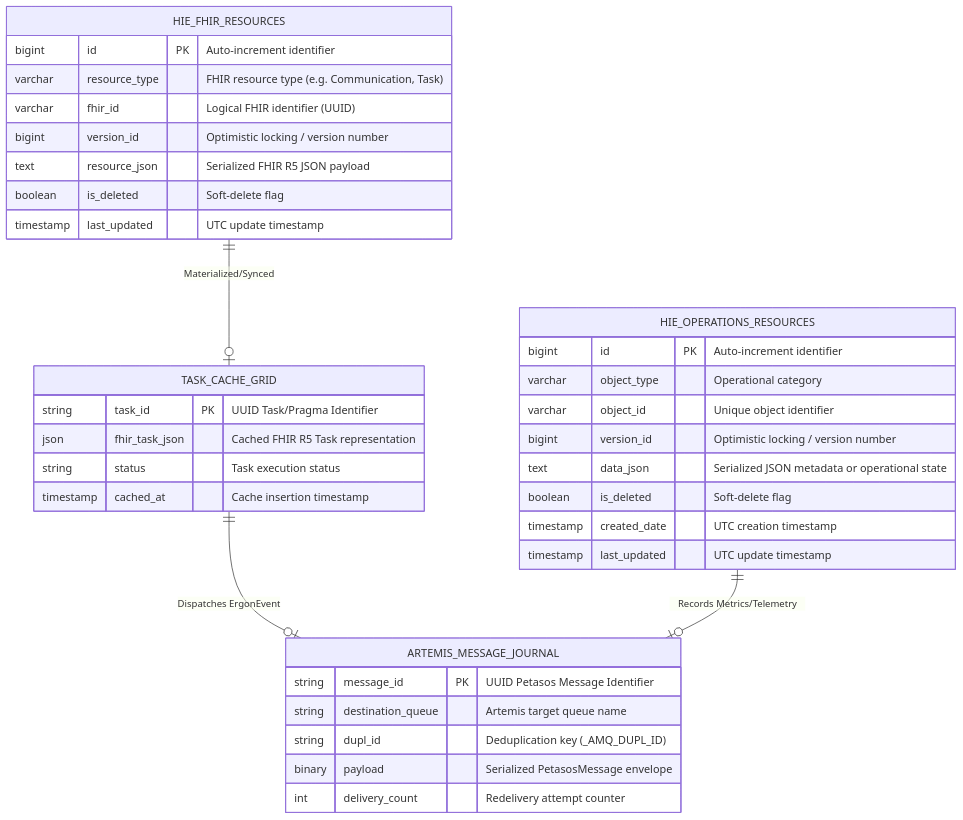
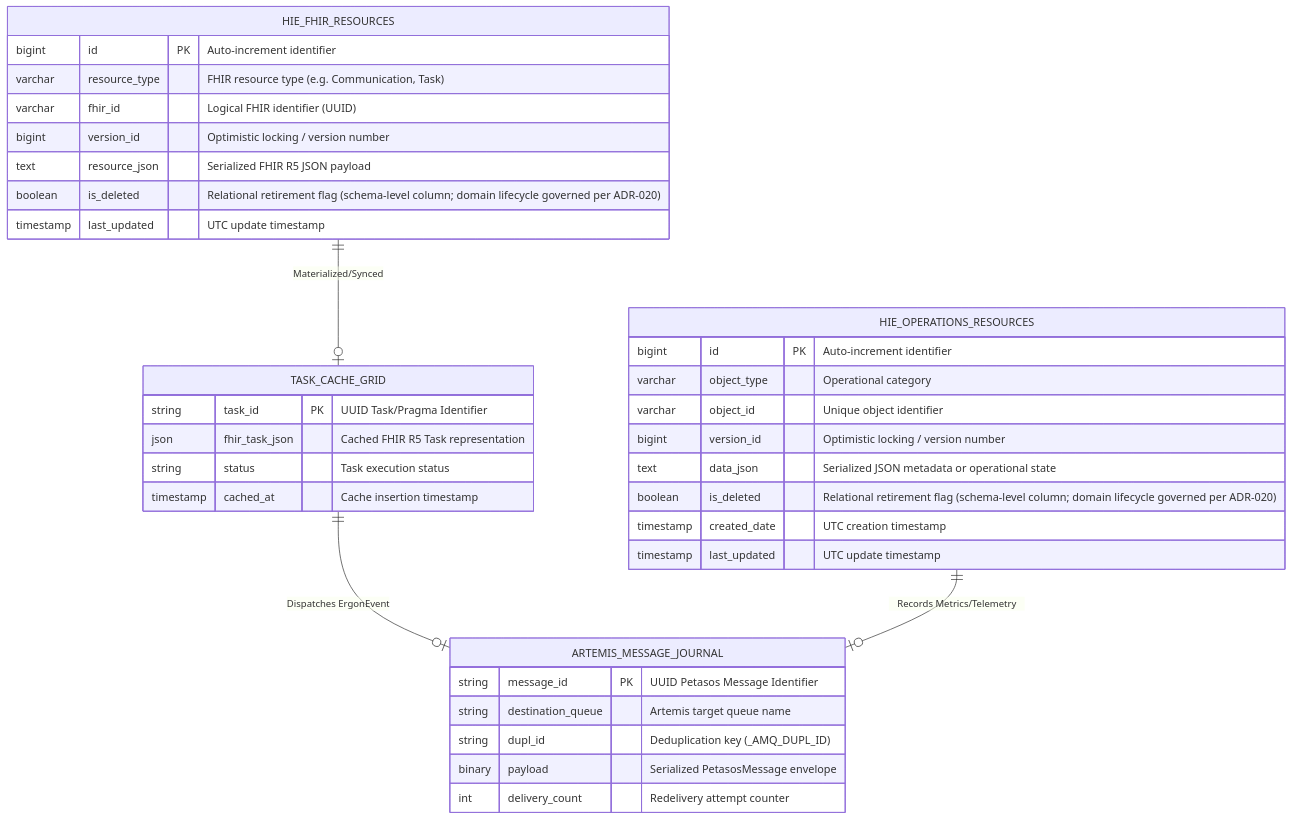
The diagram in docs/persistence-architecture.md (fhirfactory/harmonia), drawn with Mermaid before and after one commit. The commit also changed other lines of this file and 28 other files, not shown here.

````diff
--- a/docs/persistence-architecture.md
+++ b/docs/persistence-architecture.md
@@ -179,42 +179,42 @@
 ```mermaid
 erDiagram
     HIE_FHIR_RESOURCES {
         bigint id PK "Auto-increment identifier"
         varchar resource_type "FHIR resource type (e.g. Communication, Task)"
         varchar fhir_id "Logical FHIR identifier (UUID)"
         bigint version_id "Optimistic locking / version number"
         text resource_json "Serialized FHIR R5 JSON payload"
-        boolean is_deleted "Soft-delete flag"
+        boolean is_deleted "Relational retirement flag (schema-level column; domain lifecycle governed per ADR-020)"
         timestamp last_updated "UTC update timestamp"
     }
 
     HIE_OPERATIONS_RESOURCES {
         bigint id PK "Auto-increment identifier"
         varchar object_type "Operational category"
         varchar object_id "Unique object identifier"
         bigint version_id "Optimistic locking / version number"
         text data_json "Serialized JSON metadata or operational state"
-        boolean is_deleted "Soft-delete flag"
+        boolean is_deleted "Relational retirement flag (schema-level column; domain lifecycle governed per ADR-020)"
         timestamp created_date "UTC creation timestamp"
         timestamp last_updated "UTC update timestamp"
     }
 
     TASK_CACHE_GRID {
         string task_id PK "UUID Task/Pragma Identifier"
         json fhir_task_json "Cached FHIR R5 Task representation"
         string status "Task execution status"
         timestamp cached_at "Cache insertion timestamp"
     }
 
     ARTEMIS_MESSAGE_JOURNAL {
         string message_id PK "UUID Petasos Message Identifier"
         string destination_queue "Artemis target queue name"
         string dupl_id "Deduplication key (_AMQ_DUPL_ID)"
         binary payload "Serialized PetasosMessage envelope"
         int delivery_count "Redelivery attempt counter"
     }
 
     HIE_FHIR_RESOURCES ||--o| TASK_CACHE_GRID : "Materialized/Synced"
     TASK_CACHE_GRID ||--o| ARTEMIS_MESSAGE_JOURNAL : "Dispatches ErgonEvent"
     HIE_OPERATIONS_RESOURCES ||--o| ARTEMIS_MESSAGE_JOURNAL : "Records Metrics/Telemetry"
 ```
````
